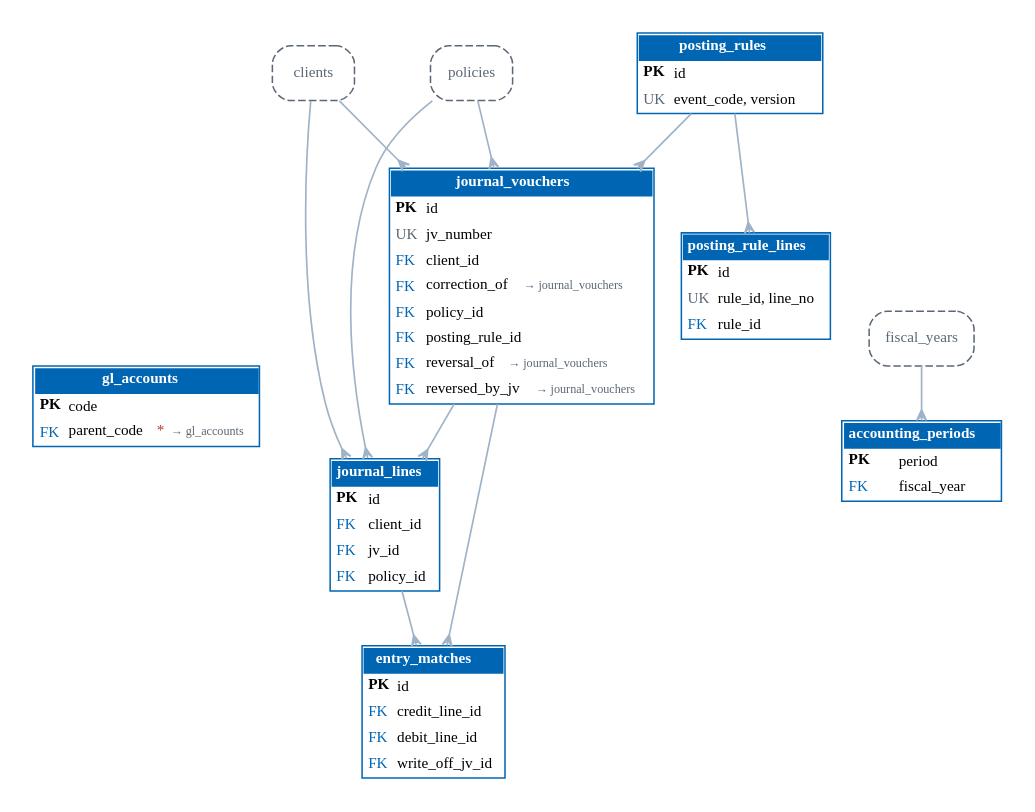
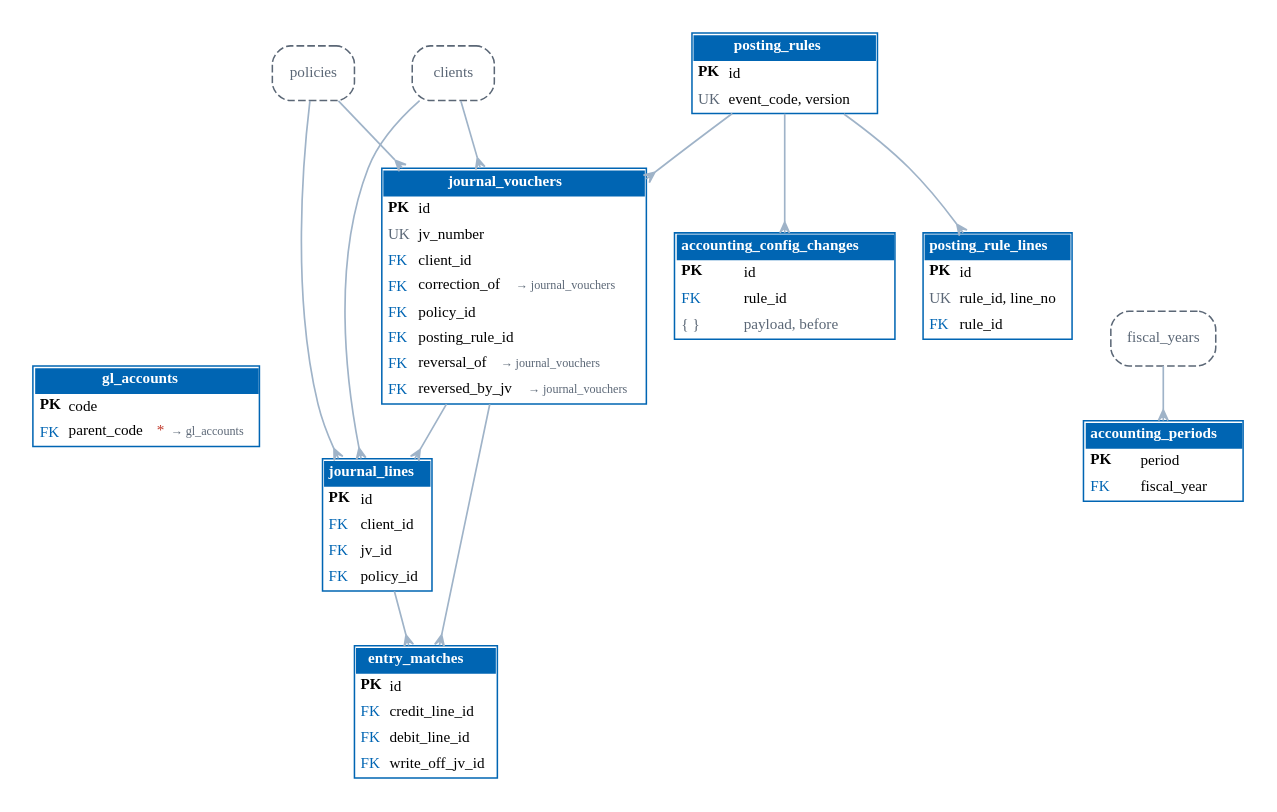
Before and after one commit to IortaTexhNXT-DEV/BDOI-OOTB: the diagram in docs/architecture/diagrams/er_ledger.dot, drawn with Graphviz. The commit also changed 124 other files, not shown here.

Commit message:
Developer documentation refresh: technical reference with module catalogue and code review guide, architecture and security, data dictionary at migration 0322, API catalogue, architecture set 1.2, developer guide, release notes 1.1

```diff
--- a/docs/architecture/diagrams/er_ledger.dot
+++ b/docs/architecture/diagrams/er_ledger.dot
@@ -1,26 +1,28 @@
 // Generated by tools/render_diagrams.py from tools/data/db_snapshot.json: General ledger and posting rules. Do not edit by hand.
 digraph ER {
   graph [rankdir=TB, splines=true, nodesep=0.25, ranksep=0.5, fontname="Nunito", bgcolor="white", pad=0.2, pack=true, packmode="array_u3"];
   node [shape=plain, fontname="Nunito", fontsize=10];
   edge [color="#9FB3C8", arrowhead=crow, arrowtail=none, dir=both, arrowsize=0.7, penwidth=1.1];
   "gl_accounts" [label=<<table border="1" cellborder="0" cellspacing="0" cellpadding="3" color="#0065B3"><tr><td colspan="2" bgcolor="#0065B3"><font color="white"><b>gl_accounts</b></font></td></tr><tr><td align="left" balign="left"><b>PK</b></td><td align="left">code</td></tr><tr><td align="left"><font color="#0065B3">FK</font></td><td align="left">parent_code<font color="#C0392B">*</font> <font color="#5B6776" point-size="8">&#8594; gl_accounts</font></td></tr></table>>];
   "journal_vouchers" [label=<<table border="1" cellborder="0" cellspacing="0" cellpadding="3" color="#0065B3"><tr><td colspan="2" bgcolor="#0065B3"><font color="white"><b>journal_vouchers</b></font></td></tr><tr><td align="left" balign="left"><b>PK</b></td><td align="left">id</td></tr><tr><td align="left"><font color="#5B6776">UK</font></td><td align="left">jv_number</td></tr><tr><td align="left"><font color="#0065B3">FK</font></td><td align="left">client_id</td></tr><tr><td align="left"><font color="#0065B3">FK</font></td><td align="left">correction_of <font color="#5B6776" point-size="8">&#8594; journal_vouchers</font></td></tr><tr><td align="left"><font color="#0065B3">FK</font></td><td align="left">policy_id</td></tr><tr><td align="left"><font color="#0065B3">FK</font></td><td align="left">posting_rule_id</td></tr><tr><td align="left"><font color="#0065B3">FK</font></td><td align="left">reversal_of <font color="#5B6776" point-size="8">&#8594; journal_vouchers</font></td></tr><tr><td align="left"><font color="#0065B3">FK</font></td><td align="left">reversed_by_jv <font color="#5B6776" point-size="8">&#8594; journal_vouchers</font></td></tr></table>>];
   "journal_lines" [label=<<table border="1" cellborder="0" cellspacing="0" cellpadding="3" color="#0065B3"><tr><td colspan="2" bgcolor="#0065B3"><font color="white"><b>journal_lines</b></font></td></tr><tr><td align="left" balign="left"><b>PK</b></td><td align="left">id</td></tr><tr><td align="left"><font color="#0065B3">FK</font></td><td align="left">client_id</td></tr><tr><td align="left"><font color="#0065B3">FK</font></td><td align="left">jv_id</td></tr><tr><td align="left"><font color="#0065B3">FK</font></td><td align="left">policy_id</td></tr></table>>];
   "entry_matches" [label=<<table border="1" cellborder="0" cellspacing="0" cellpadding="3" color="#0065B3"><tr><td colspan="2" bgcolor="#0065B3"><font color="white"><b>entry_matches</b></font></td></tr><tr><td align="left" balign="left"><b>PK</b></td><td align="left">id</td></tr><tr><td align="left"><font color="#0065B3">FK</font></td><td align="left">credit_line_id</td></tr><tr><td align="left"><font color="#0065B3">FK</font></td><td align="left">debit_line_id</td></tr><tr><td align="left"><font color="#0065B3">FK</font></td><td align="left">write_off_jv_id</td></tr></table>>];
   "accounting_periods" [label=<<table border="1" cellborder="0" cellspacing="0" cellpadding="3" color="#0065B3"><tr><td colspan="2" bgcolor="#0065B3"><font color="white"><b>accounting_periods</b></font></td></tr><tr><td align="left" balign="left"><b>PK</b></td><td align="left">period</td></tr><tr><td align="left"><font color="#0065B3">FK</font></td><td align="left">fiscal_year</td></tr></table>>];
   "posting_rules" [label=<<table border="1" cellborder="0" cellspacing="0" cellpadding="3" color="#0065B3"><tr><td colspan="2" bgcolor="#0065B3"><font color="white"><b>posting_rules</b></font></td></tr><tr><td align="left" balign="left"><b>PK</b></td><td align="left">id</td></tr><tr><td align="left"><font color="#5B6776">UK</font></td><td align="left">event_code, version</td></tr></table>>];
   "posting_rule_lines" [label=<<table border="1" cellborder="0" cellspacing="0" cellpadding="3" color="#0065B3"><tr><td colspan="2" bgcolor="#0065B3"><font color="white"><b>posting_rule_lines</b></font></td></tr><tr><td align="left" balign="left"><b>PK</b></td><td align="left">id</td></tr><tr><td align="left"><font color="#5B6776">UK</font></td><td align="left">rule_id, line_no</td></tr><tr><td align="left"><font color="#0065B3">FK</font></td><td align="left">rule_id</td></tr></table>>];
+  "accounting_config_changes" [label=<<table border="1" cellborder="0" cellspacing="0" cellpadding="3" color="#0065B3"><tr><td colspan="2" bgcolor="#0065B3"><font color="white"><b>accounting_config_changes</b></font></td></tr><tr><td align="left" balign="left"><b>PK</b></td><td align="left">id</td></tr><tr><td align="left"><font color="#0065B3">FK</font></td><td align="left">rule_id</td></tr><tr><td align="left"><font color="#5B6776">{ }</font></td><td align="left"><font color="#5B6776">payload, before</font></td></tr></table>>];
   "clients" [shape=box, style="rounded,dashed", color="#5B6776", fontcolor="#5B6776", label="clients"];
   "fiscal_years" [shape=box, style="rounded,dashed", color="#5B6776", fontcolor="#5B6776", label="fiscal_years"];
   "policies" [shape=box, style="rounded,dashed", color="#5B6776", fontcolor="#5B6776", label="policies"];
   "clients" -> "journal_lines";
   "clients" -> "journal_vouchers";
   "fiscal_years" -> "accounting_periods";
   "journal_lines" -> "entry_matches";
   "journal_vouchers" -> "entry_matches";
   "journal_vouchers" -> "journal_lines";
   "policies" -> "journal_lines";
   "policies" -> "journal_vouchers";
+  "posting_rules" -> "accounting_config_changes";
   "posting_rules" -> "journal_vouchers";
   "posting_rules" -> "posting_rule_lines";
 }
```
